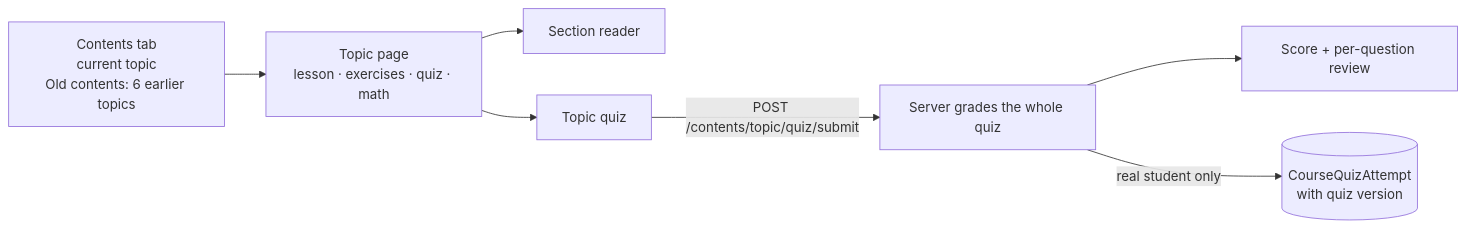
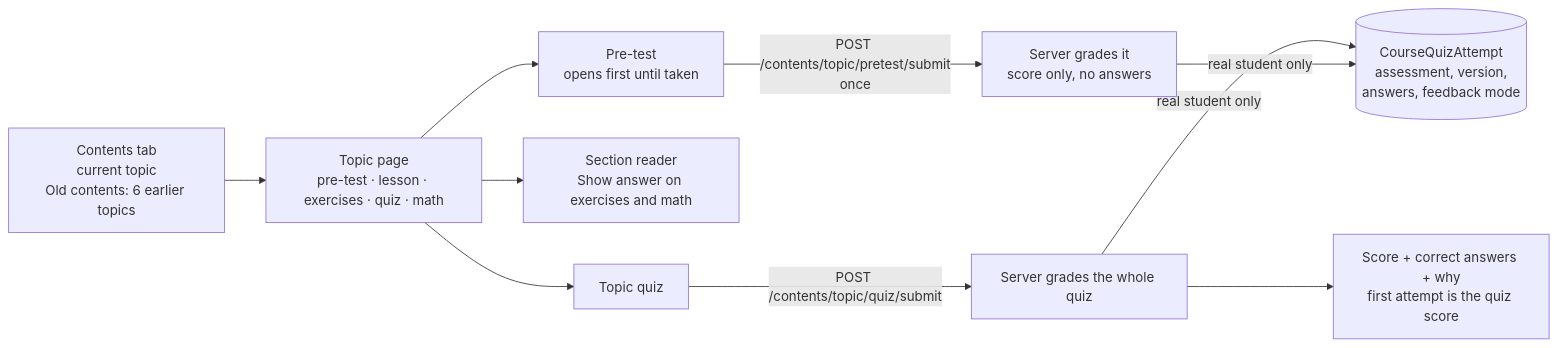
One commit to CS-Ponkoj/Robotics-Programming-Lab-Live changed the fifth of 8 diagrams in docs/system-architecture/AppFlow.md. Above: the diagram before and after it, drawn with Mermaid. The commit also changed other lines of this file and 9 other files, not shown here.

First line of the commit message:
Document the course pre-test, first-attempt quiz score and new exports

````diff
--- a/docs/system-architecture/AppFlow.md
+++ b/docs/system-architecture/AppFlow.md
@@ -154,9 +154,12 @@
 ```mermaid
 flowchart LR
-    T[Contents tab<br/>current topic<br/>Old contents: 6 earlier topics] --> TP[Topic page<br/>lesson · exercises · quiz · math]
-    TP --> SEC[Section reader]
+    T[Contents tab<br/>current topic<br/>Old contents: 6 earlier topics] --> TP[Topic page<br/>pre-test · lesson · exercises · quiz · math]
+    TP --> PT[Pre-test<br/>opens first until taken]
+    PT -->|POST /contents/topic/pretest/submit<br/>once| PG[Server grades it<br/>score only, no answers]
+    TP --> SEC[Section reader<br/>Show answer on exercises and math]
     TP --> Q[Topic quiz]
     Q -->|POST /contents/topic/quiz/submit| GR[Server grades the whole quiz]
-    GR --> RES[Score + per-question review]
-    GR -->|real student only| DB[(CourseQuizAttempt<br/>with quiz version)]
+    GR --> RES[Score + correct answers + why<br/>first attempt is the quiz score]
+    GR -->|real student only| DB[(CourseQuizAttempt<br/>assessment, version,<br/>answers, feedback mode)]
+    PG -->|real student only| DB
 ```
````
